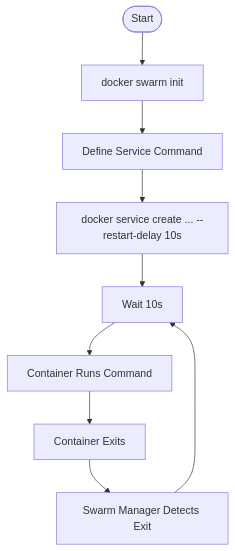
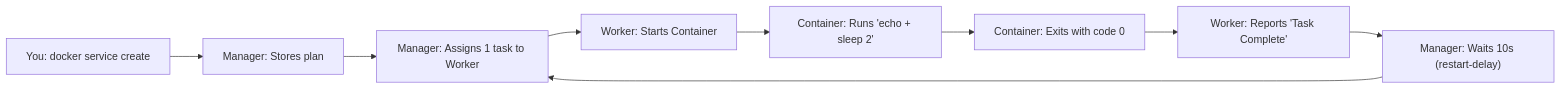
One commit to neerajnakka/Task7-ecs changed the diagram in task12-docker-swarm-cronjobs/03_Workflow_Guide.md. Above: the diagram before and after it, drawn with Mermaid. The commit also changed other lines of this file and 2 other files, not shown here.

Commit message:
Complete task 12: Research document on Docker swarm and crontabs

````diff
--- a/task12-docker-swarm-cronjobs/03_Workflow_Guide.md
+++ b/task12-docker-swarm-cronjobs/03_Workflow_Guide.md
@@ -62,11 +165,11 @@
 ```mermaid
-graph TD
-    Start([Start]) --> Init["docker swarm init"]
-    Init --> Define["Define Service Command"]
-    Define --> Create["docker service create ... --restart-delay 10s"]
-    Create --> Wait["Wait 10s"]
-    Wait --> Exec["Container Runs Command"]
-    Exec --> Exit["Container Exits"]
-    Exit --> Check["Swarm Manager Detects Exit"]
-    Check --> Wait
+graph LR
+    A["You: docker service create"] --> B["Manager: Stores plan"]
+    B --> C["Manager: Assigns 1 task to Worker"]
+    C --> D["Worker: Starts Container"]
+    D --> E["Container: Runs 'echo + sleep 2'"]
+    E --> F["Container: Exits with code 0"]
+    F --> G["Worker: Reports 'Task Complete'"]
+    G --> H["Manager: Waits 10s (restart-delay)"]
+    H --> C
 ```
````
